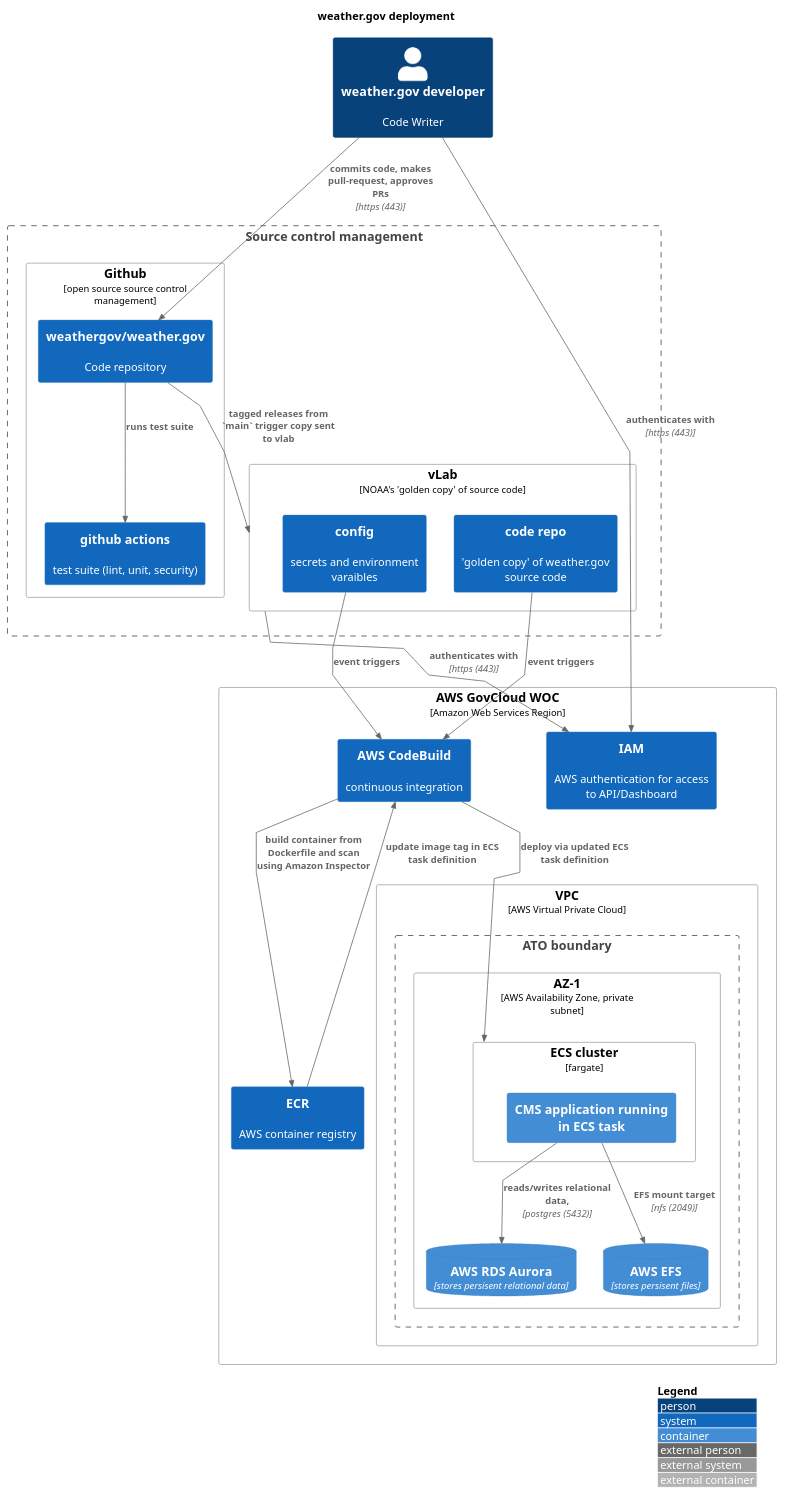
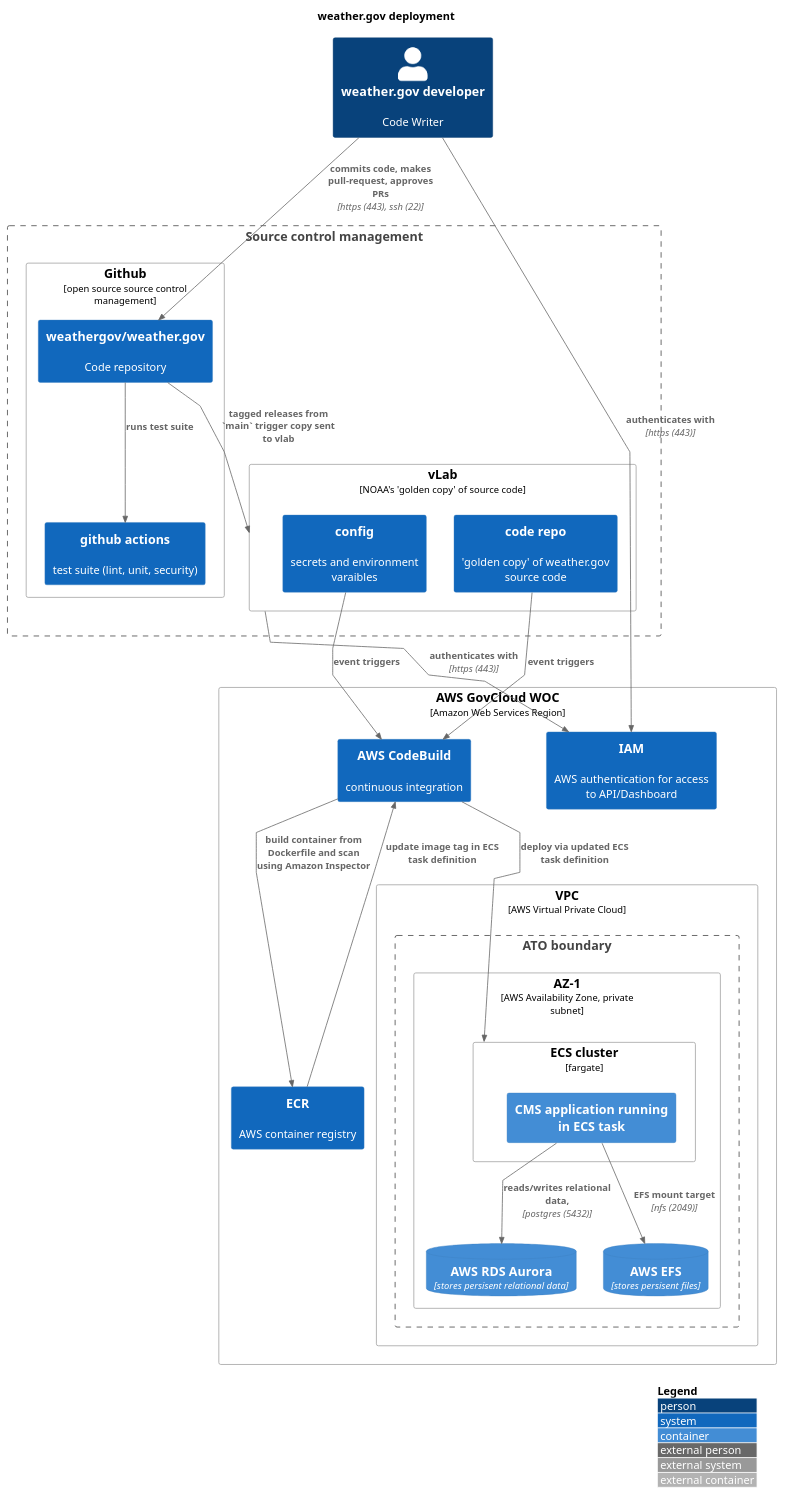
Before and after one commit to weather-gov/weather.gov: the diagram in docs/architecture/diagrams/weather.gov registrar deployment.puml, drawn with PlantUML.

Commit message:
Update weather.gov registrar deployment.puml

```diff
--- a/docs/architecture/diagrams/weather.gov registrar deployment.puml
+++ b/docs/architecture/diagrams/weather.gov registrar deployment.puml
@@ -1,55 +1,55 @@
 @startuml weather.gov deployment
 !include https://raw.githubusercontent.com/plantuml-stdlib/C4-PlantUML/master/C4_Deployment.puml
 
 LAYOUT_WITH_LEGEND()
 title weather.gov deployment
 skinparam linetype polyline
 
 Person(team, "weather.gov developer", "Code Writer")
 
 Deployment_Node(aws, "AWS GovCloud WOC", "Amazon Web Services Region") {
     System(aws_codebuild, "AWS CodeBuild", "continuous integration")
     System(aws_iam, "IAM", "AWS authentication for access to API/Dashboard")
     System(aws_ecr, "ECR", "AWS container registry")
     Deployment_Node(vpc, "VPC", "AWS Virtual Private Cloud") {
         Boundary(atob, "ATO boundary") {
             Deployment_Node(az, "AZ-1", "AWS Availability Zone, private subnet") {
                 Deployment_Node(ecs_cluster, "ECS cluster", "fargate") {
                     Container(application, "CMS application running in ECS task")
                 }
                 ContainerDb(rds, "AWS RDS Aurora", "stores persisent relational data")
                 ContainerDb(efs, "AWS EFS", "stores persisent files")
 
             }
         }
     }
 }
 
 
 Rel(team, aws_iam, "authenticates with", "https (443)")
 
 ' Github
 Boundary(deploymentservices, "Source control management") {
     Deployment_Node(github, "Github", "open source source control management"){
         System(github_repo, "weathergov/weather.gov", "Code repository")
         System(github_actions, "github actions", "test suite (lint, unit, security)")
     }
     Deployment_Node(vlab, "vLab", "NOAA's 'golden copy' of source code") {
         System(vlab_code_repo, "code repo", "'golden copy' of weather.gov source code")
         System(vlab_config, "config", "secrets and environment varaibles")
     }
 }
 Rel(github_repo, github_actions, "runs test suite")
 Rel(github_repo, vlab, "tagged releases from `main` trigger copy sent to vlab")
 Rel(vlab, aws_iam, "authenticates with", "https (443)")
 Rel(vlab_code_repo, aws_codebuild, "event triggers")
 Rel(vlab_config, aws_codebuild, "event triggers")
-Rel(team, github_repo, "commits code, makes pull-request, approves PRs", "https (443)")
+Rel(team, github_repo, "commits code, makes pull-request, approves PRs", "https (443), ssh (22)")
 Rel(aws_codebuild, aws_ecr, "build container from Dockerfile and scan using Amazon Inspector")
 Rel(aws_ecr, aws_codebuild, "update image tag in ECS task definition")
 Rel(aws_codebuild, ecs_cluster, "deploy via updated ECS task definition")
 Rel(application, rds, "reads/writes relational data, ", "postgres (5432)")
 Rel(application, efs, "EFS mount target", "nfs (2049)")
 
 
 @enduml
```
